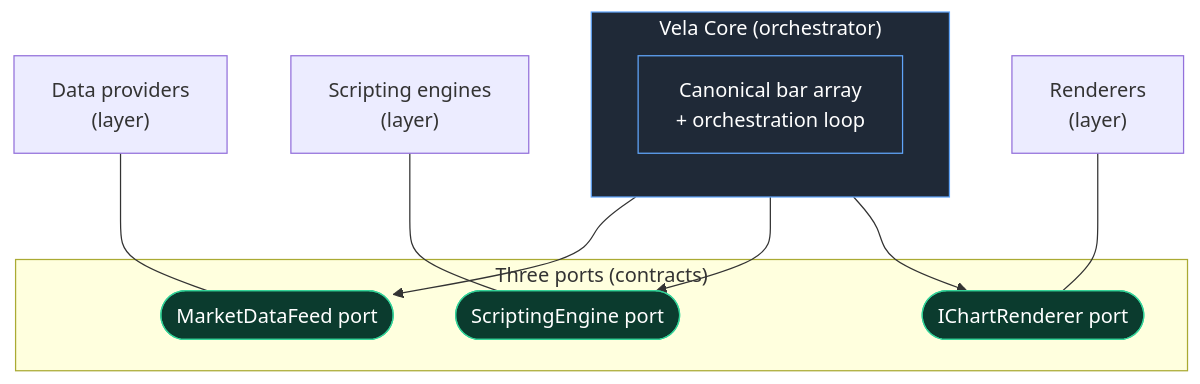
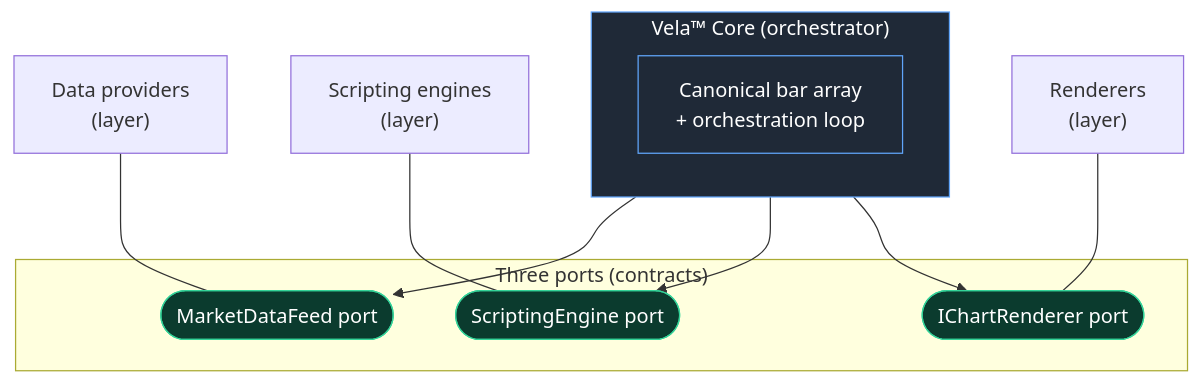
One commit to LuxAlgo/Vela changed the diagram in docs/architecture/overview.md. Above: the diagram before and after it, drawn with Mermaid. The commit also changed other lines of this file and 31 other files, not shown here.

````diff
--- a/docs/architecture/overview.md
+++ b/docs/architecture/overview.md
@@ -17,25 +17,25 @@
 ```mermaid
 flowchart TB
-    subgraph Core["Vela Core (orchestrator)"]
+    subgraph Core["Vela™ Core (orchestrator)"]
         BARS["Canonical bar array<br/>+ orchestration loop"]
     end
 
     subgraph Ports["Three ports (contracts)"]
         FEED(["MarketDataFeed port"])
         ENGINE(["ScriptingEngine port"])
         REND(["IChartRenderer port"])
     end
 
     DATA["Data providers<br/>(layer)"] --- FEED
     SCRIPT["Scripting engines<br/>(layer)"] --- ENGINE
     RENDERERS["Renderers<br/>(layer)"] --- REND
 
     Core --> FEED
     Core --> ENGINE
     Core --> REND
 
     classDef core fill:#1f2937,stroke:#60a5fa,color:#fff;
     classDef port fill:#0b3b2e,stroke:#34d399,color:#fff;
     class Core,BARS core;
     class FEED,ENGINE,REND port;
 ```
````
